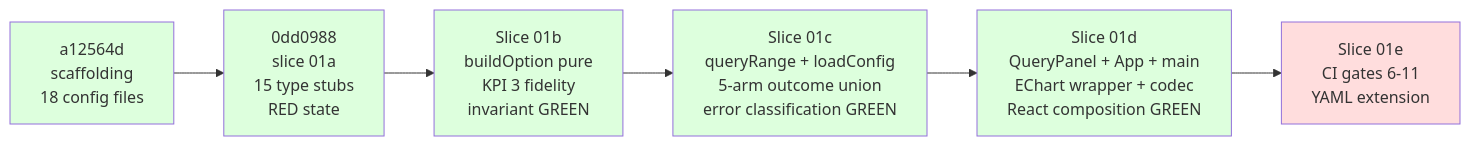
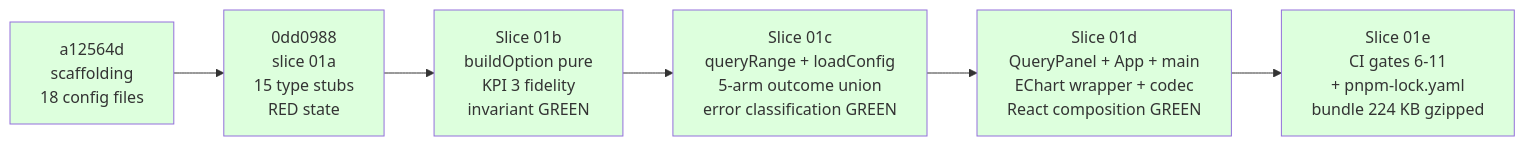
Diagram 23 of 27 in docs/presentation/narrative.md (andrealaforgia/kaleidoscope), drawn with Mermaid before and after one commit. The commit also changed other lines of this file and 15 other files, not shown here.

First line of the commit message:
feat(prism): Slice 01e — CI gates 6-11 + slice 01 COMPLETE

````diff
--- a/docs/presentation/narrative.md
+++ b/docs/presentation/narrative.md
@@ -1765,14 +1765,14 @@
 ```mermaid
 flowchart LR
     C0[a12564d<br/>scaffolding<br/>18 config files] --> C1[0dd0988<br/>slice 01a<br/>15 type stubs<br/>RED state]
     C1 --> C2[Slice 01b<br/>buildOption pure<br/>KPI 3 fidelity<br/>invariant GREEN]
     C2 --> C3[Slice 01c<br/>queryRange + loadConfig<br/>5-arm outcome union<br/>error classification GREEN]
     C3 --> C4[Slice 01d<br/>QueryPanel + App + main<br/>EChart wrapper + codec<br/>React composition GREEN]
-    C4 --> C5[Slice 01e<br/>CI gates 6-11<br/>YAML extension]
+    C4 --> C5[Slice 01e<br/>CI gates 6-11<br/>+ pnpm-lock.yaml<br/>bundle 224 KB gzipped]
     style C0 fill:#dfd
     style C1 fill:#dfd
     style C2 fill:#dfd
     style C3 fill:#dfd
     style C4 fill:#dfd
-    style C5 fill:#fdd
+    style C5 fill:#dfd
 ```
````
